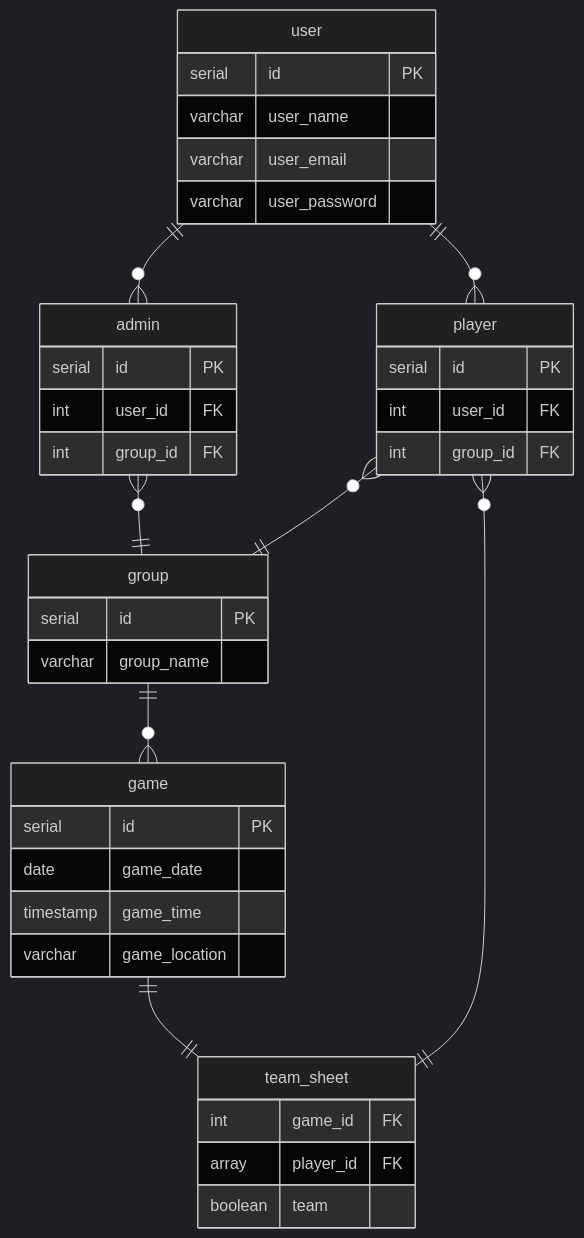
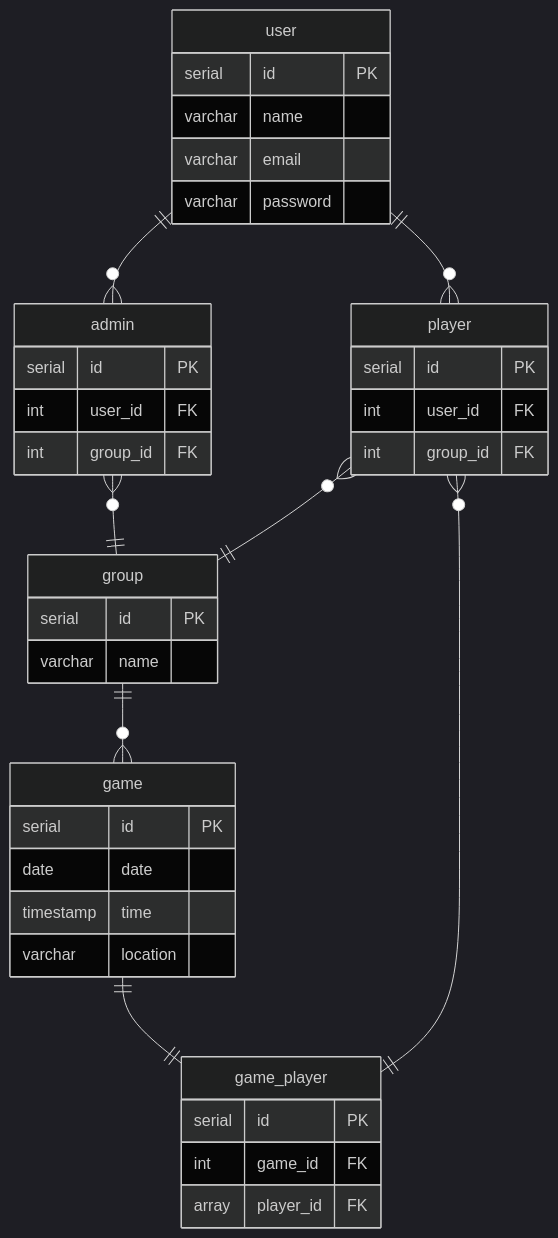
Before and after one commit to MichaelM9/5-A-Side-Organiser: the second of 2 diagrams in README.md, drawn with Mermaid (dark theme). The commit also changed other lines of this file, not shown here.

Commit message:
Field refactoring

````diff
--- a/README.md
+++ b/README.md
@@ -50,42 +50,42 @@
 ```mermaid
 erDiagram
 user ||--o{ admin : ""
 user ||--o{ player : ""
 admin }o--|| group : ""
 player }o--|| group : ""
 group ||--o{ game : ""
-game ||--|| team_sheet : ""
-player }o--|| team_sheet : ""
+game ||--|| game_player : ""
+player }o--|| game_player : ""
 
 user {
     serial id PK
-    varchar user_name
-    varchar user_email
-    varchar user_password
+    varchar name
+    varchar email
+    varchar password
 }
 admin {
     serial id PK
     int user_id FK
     int group_id FK
 }
 player {
     serial id PK
     int user_id FK
     int group_id FK
 }
 group {
     serial id PK
-    varchar group_name
+    varchar name
 }
 game {
     serial id PK
-    date game_date
-    timestamp game_time
-    varchar game_location
+    date date
+    timestamp time
+    varchar location
 }
-team_sheet {
+game_player {
+    serial id PK
     int game_id FK
     array player_id FK
-    boolean team
 }
 ```
````
